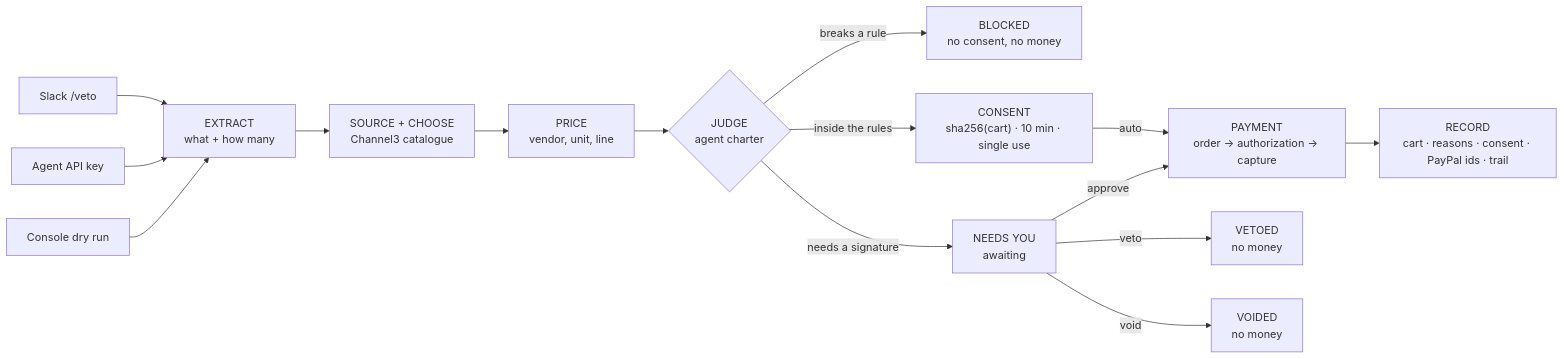
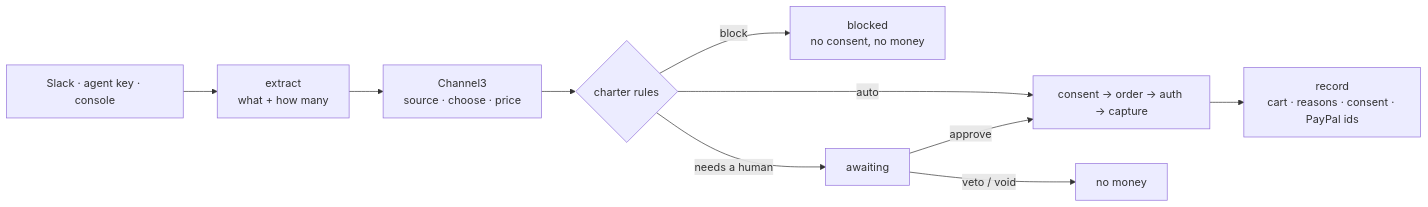
Before and after one commit to runake25/veto: the first of 2 diagrams in README.md, drawn with Mermaid. The commit also changed other lines of this file, not shown here.

First line of the commit message:
docs: cut the README to the product — problem, build, key tech

````diff
--- a/README.md
+++ b/README.md
@@ -66,17 +45,12 @@
 ```mermaid
 flowchart LR
-    A["Slack /veto"] --> E
-    B["Agent API key"] --> E
-    C["Console dry run"] --> E
-    E["EXTRACT<br/>what + how many"] --> S["SOURCE + CHOOSE<br/>Channel3 catalogue"]
-    S --> P["PRICE<br/>vendor, unit, line"]
-    P --> J{"JUDGE<br/>agent charter"}
-    J -->|"breaks a rule"| X["BLOCKED<br/>no consent, no money"]
-    J -->|"inside the rules"| K["CONSENT<br/>sha256(cart) · 10 min · single use"]
-    K -->|"auto"| M["PAYMENT<br/>order → authorization → capture"]
-    J -->|"needs a signature"| N["NEEDS YOU<br/>awaiting"]
-    N -->|"approve"| M
-    N -->|"veto"| V["VETOED<br/>no money"]
-    N -->|"void"| W["VOIDED<br/>no money"]
-    M --> R["RECORD<br/>cart · reasons · consent · PayPal ids · trail"]
+    IN["Slack · agent key · console"] --> E["extract<br/>what + how many"]
+    E --> C["Channel3<br/>source · choose · price"]
+    C --> J{"charter rules"}
+    J -->|block| B["blocked<br/>no consent, no money"]
+    J -->|auto| P["consent → order → auth → capture"]
+    J -->|needs a human| H["awaiting"]
+    H -->|approve| P
+    H -->|veto / void| V["no money"]
+    P --> R["record<br/>cart · reasons · consent · PayPal ids"]
 ```
````
